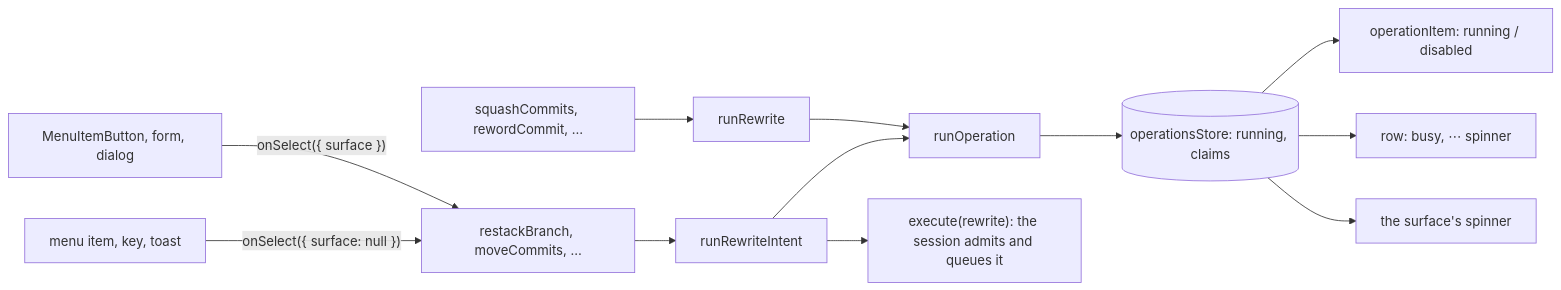
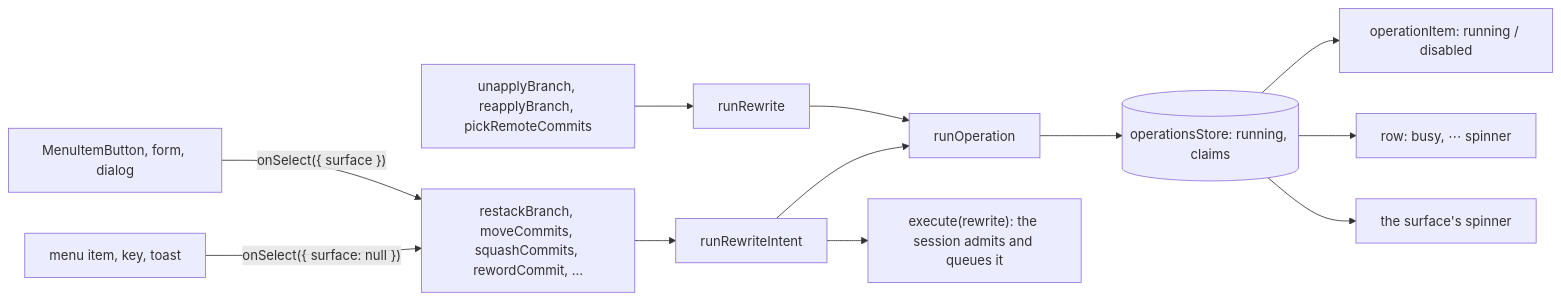
Before and after one commit to develar/branch-deck: the diagram in docs/design/operations.md, drawn with Mermaid. The commit also changed other lines of this file and 47 other files, not shown here.

````diff
--- a/docs/design/operations.md
+++ b/docs/design/operations.md
@@ -45,14 +45,14 @@
 ```mermaid
 flowchart LR
     Menu[menu item, key, toast] -->|"onSelect({ surface: null })"| Action
     Button[MenuItemButton, form, dialog] -->|"onSelect({ surface })"| Action
-    Action[restackBranch, moveCommits, …] --> Rewrite[runRewriteIntent]
-    Squash[squashCommits, rewordCommit, …] --> PageRewrite[runRewrite]
+    Action[restackBranch, moveCommits, squashCommits, rewordCommit, …] --> Rewrite[runRewriteIntent]
+    Unapply[unapplyBranch, reapplyBranch, pickRemoteCommits] --> PageRewrite[runRewrite]
     Rewrite --> Run[runOperation]
     PageRewrite --> Run
     Rewrite --> Execute["execute(rewrite): the session admits and queues it"]
     Run --> Registry[(operationsStore: running, claims)]
     Registry --> Item[operationItem: running / disabled]
     Registry --> Row["row: busy, ⋯ spinner"]
     Registry --> Surface[the surface's spinner]
 ```
````
